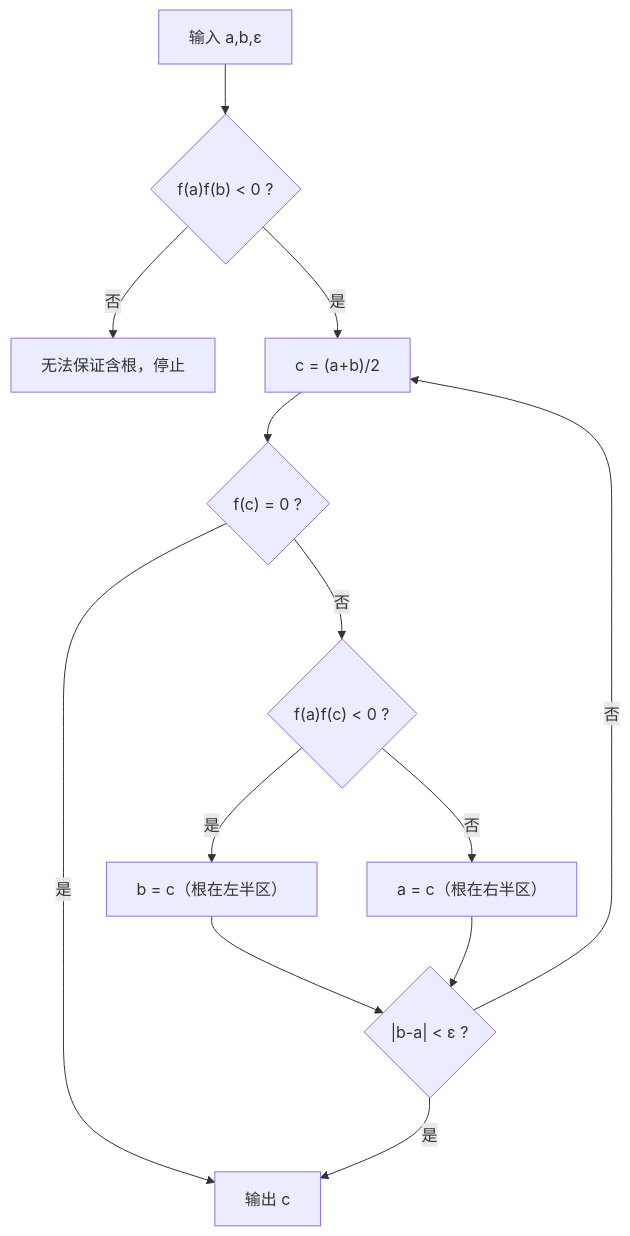
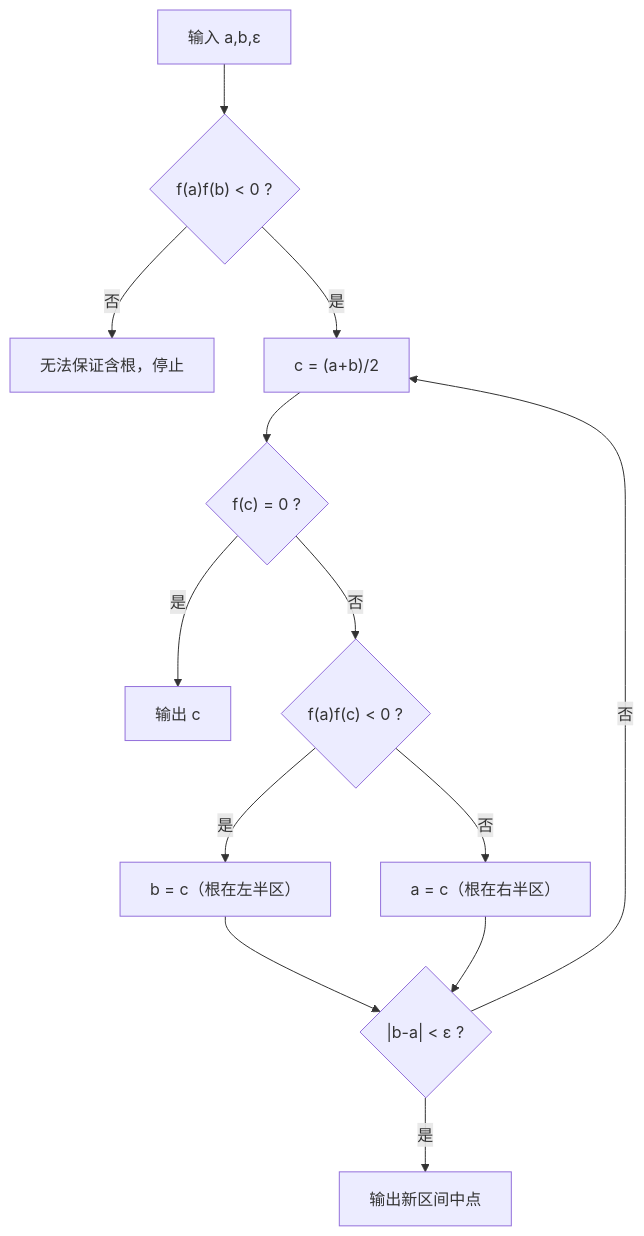
The diagram in 方法/二分法.md (JunQianNuo/Nuo-s-knowledge-base), drawn with Mermaid before and after one commit. The commit also changed other lines of this file and 2578 other files, not shown here.

````diff
--- a/方法/二分法.md
+++ b/方法/二分法.md
@@ -196,15 +202,15 @@
 ```mermaid
 flowchart TD
     A["输入 a,b,ε"] --> B{"f(a)f(b) &lt; 0 ?"}
     B -->|"否"| C["无法保证含根，停止"]
     B -->|"是"| D["c = (a+b)/2"]
     D --> Z{"f(c) = 0 ?"}
     Z -->|"是"| I["输出 c"]
     Z -->|"否"| E{"f(a)f(c) &lt; 0 ?"}
     E -->|"是"| F["b = c（根在左半区）"]
     E -->|"否"| G["a = c（根在右半区）"]
     F --> H{"|b-a| &lt; ε ?"}
     G --> H
-    H -->|"是"| I["输出 c"]
+    H -->|"是"| Y["输出新区间中点"]
     H -->|"否"| D
 ```
````
